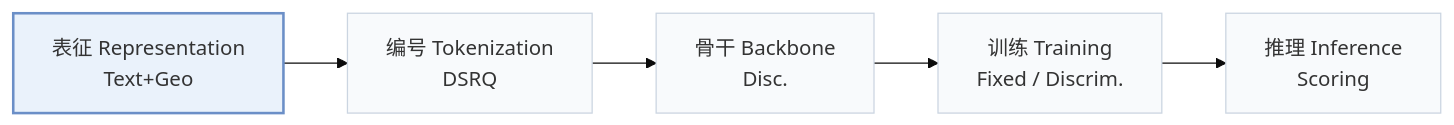
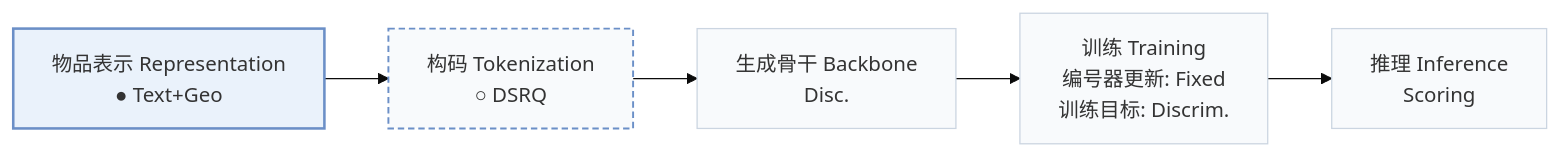
Before and after one commit to Galaxy-ghost/Awesome-SID-Generative-Rec: the first of 3 diagrams in pages/zh/papers/lgrid.md, drawn with Mermaid (base theme). The commit also changed other lines of this file and 558 other files, not shown here.

````diff
--- a/pages/zh/papers/lgrid.md
+++ b/pages/zh/papers/lgrid.md
@@ -15,8 +18,10 @@
 ```mermaid
 flowchart LR
-    R["表征 Representation<br/>Text+Geo"] --> T["编号 Tokenization<br/>DSRQ"] --> B["骨干 Backbone<br/>Disc."] --> TR["训练 Training<br/>Fixed / Discrim."] --> I["推理 Inference<br/>Scoring"]
+    R["物品表示 Representation<br/>● Text+Geo"] --> T["构码 Tokenization<br/>○ DSRQ"] --> B["生成骨干 Backbone<br/>Disc."] --> TR["训练 Training<br/>编号器更新: Fixed<br/>训练目标: Discrim."] --> I["推理 Inference<br/>Scoring"]
     classDef base fill:#f8fafc,stroke:#cbd5e1
     class R,T,B,TR,I base
+    classDef other fill:#f8fafc,stroke:#6b8fc7,stroke-width:1.5px,stroke-dasharray:5 3
+    class T other
     classDef main fill:#eaf2fb,stroke:#6b8fc7,stroke-width:2px
     class R main
 ```
````
